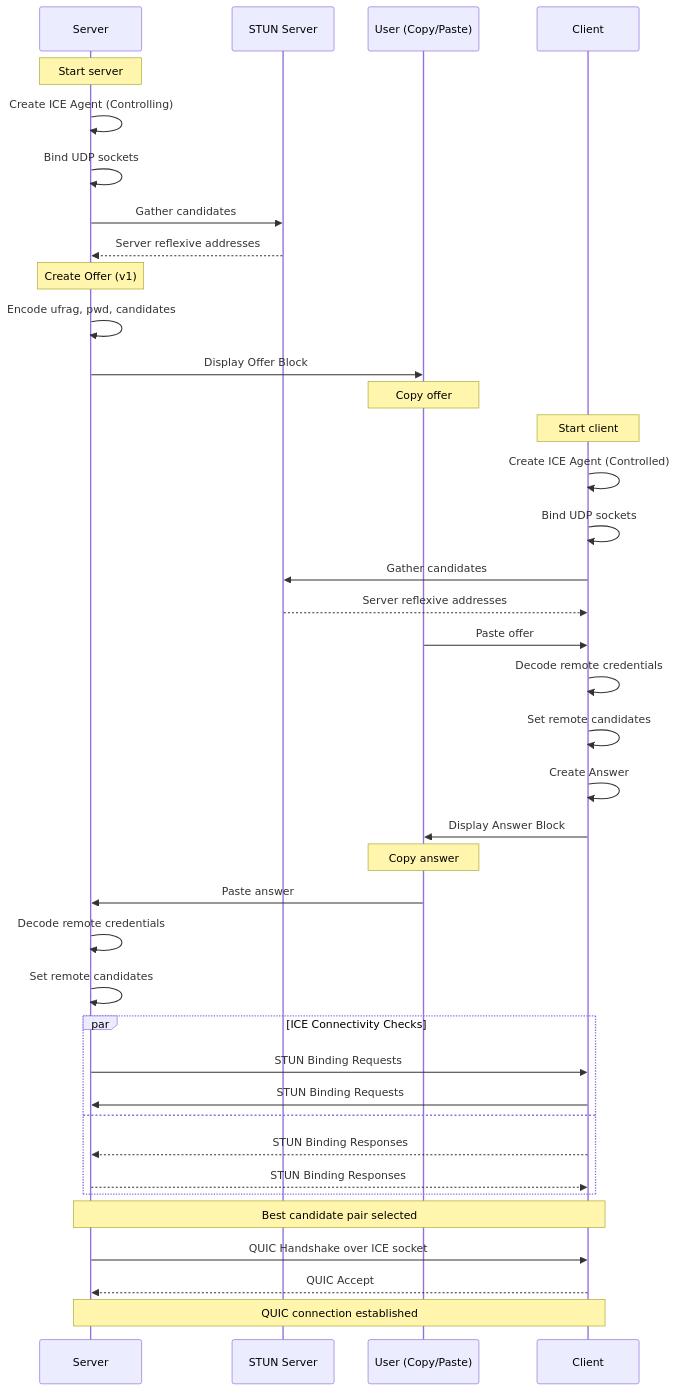
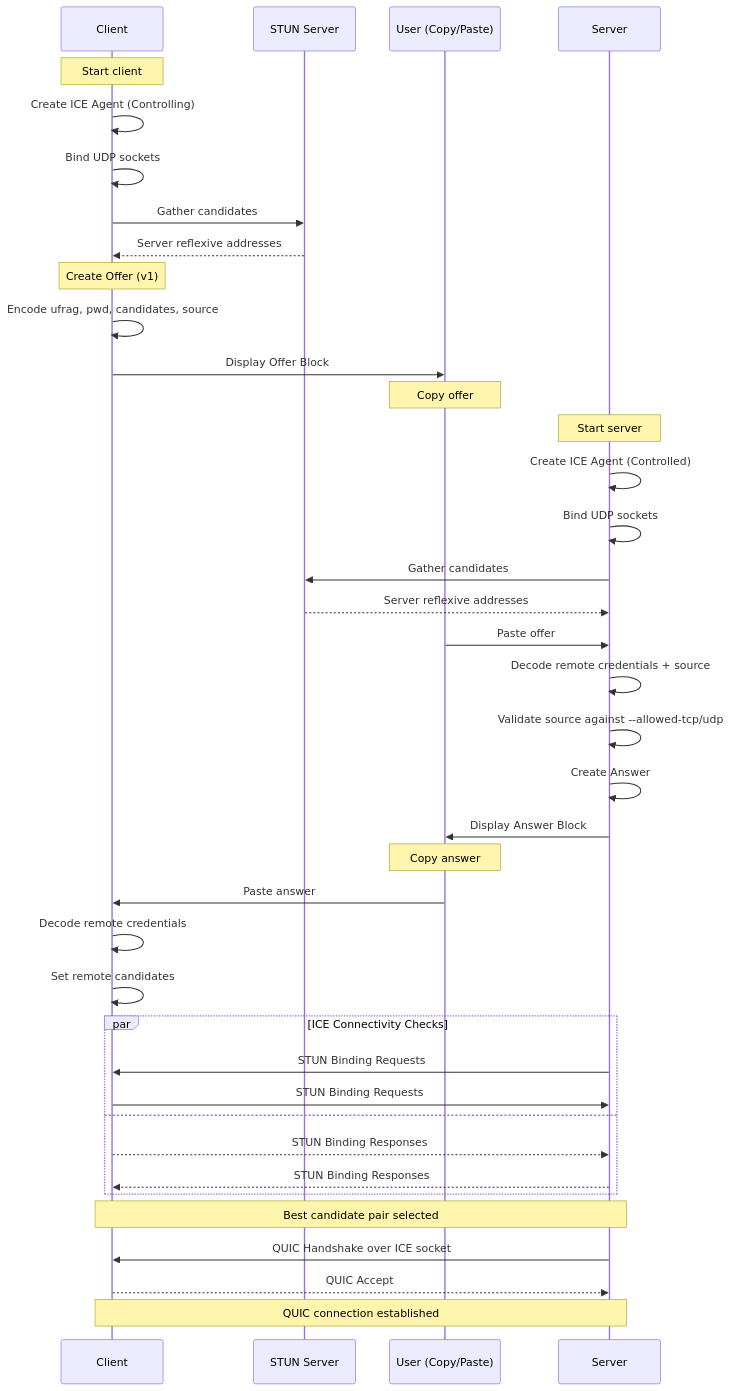
Before and after one commit to andrewtheguy/vpn-rs: diagram 14 of 35 in docs/ARCHITECTURE.md, drawn with Mermaid. The commit also changed other lines of this file and 2 other files, not shown here.

Commit message:
fix: improve documentation for NAT traversal and update Nostr relay sources

````diff
--- a/docs/ARCHITECTURE.md
+++ b/docs/ARCHITECTURE.md
@@ -567,50 +567,50 @@
 ```mermaid
 sequenceDiagram
-    participant S as Server
+    participant C as Client
     participant STUN as STUN Server
     participant User as User (Copy/Paste)
-    participant C as Client
+    participant S as Server
 
+    Note over C: Start client
+    C->>C: Create ICE Agent (Controlling)
+    C->>C: Bind UDP sockets
+    C->>STUN: Gather candidates
+    STUN-->>C: Server reflexive addresses
+
+    Note over C: Create Offer (v1)
+    C->>C: Encode ufrag, pwd, candidates, source
+    C->>User: Display Offer Block
+
+    Note over User: Copy offer
     Note over S: Start server
-    S->>S: Create ICE Agent (Controlling)
+    S->>S: Create ICE Agent (Controlled)
     S->>S: Bind UDP sockets
     S->>STUN: Gather candidates
     STUN-->>S: Server reflexive addresses
 
-    Note over S: Create Offer (v1)
-    S->>S: Encode ufrag, pwd, candidates
-    S->>User: Display Offer Block
+    User->>S: Paste offer
+    S->>S: Decode remote credentials + source
+    S->>S: Validate source against --allowed-tcp/udp
+    S->>S: Create Answer
+    S->>User: Display Answer Block
 
-    Note over User: Copy offer
-    Note over C: Start client
-    C->>C: Create ICE Agent (Controlled)
-    C->>C: Bind UDP sockets
-    C->>STUN: Gather candidates
-    STUN-->>C: Server reflexive addresses
-
-    User->>C: Paste offer
+    Note over User: Copy answer
+    User->>C: Paste answer
     C->>C: Decode remote credentials
     C->>C: Set remote candidates
-    C->>C: Create Answer
-    C->>User: Display Answer Block
-
-    Note over User: Copy answer
-    User->>S: Paste answer
-    S->>S: Decode remote credentials
-    S->>S: Set remote candidates
 
     par ICE Connectivity Checks
         S->>C: STUN Binding Requests
         C->>S: STUN Binding Requests
     and
         C-->>S: STUN Binding Responses
         S-->>C: STUN Binding Responses
     end
 
     Note over S,C: Best candidate pair selected
 
     S->>C: QUIC Handshake over ICE socket
     C-->>S: QUIC Accept
 
     Note over S,C: QUIC connection established
 ```
````
